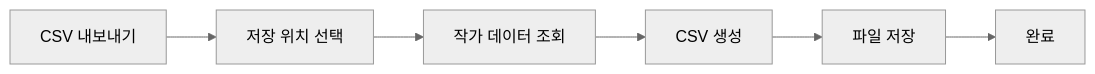
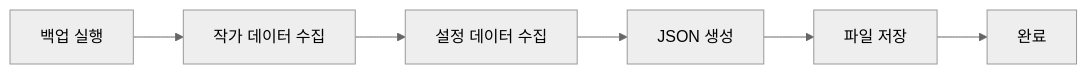
One commit to PKT0623/PixivLocalManager changed the tenth of 12 diagrams in docs/03_SYSTEM_FLOW.md. Above: the diagram before and after it, drawn with Mermaid (neutral theme). The commit also changed other lines of this file and 10 other files, not shown here.

````diff
--- a/docs/03_SYSTEM_FLOW.md
+++ b/docs/03_SYSTEM_FLOW.md
@@ -247,15 +221,14 @@
 ```mermaid
 flowchart LR
 
-A[CSV 내보내기]
+A[백업 실행]
 
-A --> B[저장 위치 선택]
+A --> B[작가 데이터 수집]
+B --> C[설정 데이터 수집]
 
-B --> C[작가 데이터 조회]
-
-C --> D[CSV 생성]
+C --> D[JSON 생성]
 
 D --> E[파일 저장]
 
 E --> F[완료]
 ```
````
